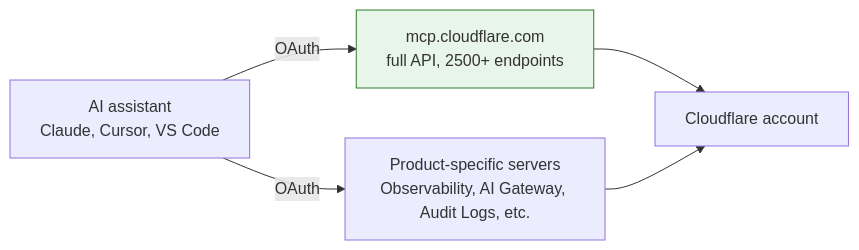
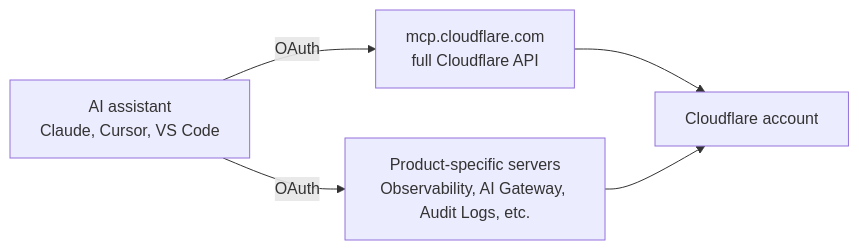
The diagram in docs/manage/ai-assisted-operations.md (kevinevans1/cloudflare-adoption-framework), drawn with Mermaid before and after one commit. The commit also changed 1 other file, not shown here.

Commit message:
Devil's-advocate review: fix reintroduced Mermaid color regression and hardcoded endpoint count in new AI pages

````diff
--- a/docs/manage/ai-assisted-operations.md
+++ b/docs/manage/ai-assisted-operations.md
@@ -7,9 +7,8 @@
 ```mermaid
 flowchart LR
-    A[AI assistant<br/>Claude, Cursor, VS Code] -->|OAuth| M[mcp.cloudflare.com<br/>full API, 2500+ endpoints]
+    A[AI assistant<br/>Claude, Cursor, VS Code] -->|OAuth| M[mcp.cloudflare.com<br/>full Cloudflare API]
     A -->|OAuth| P[Product-specific servers<br/>Observability, AI Gateway, Audit Logs, etc.]
     M --> C[Cloudflare account]
     P --> C
 
-    style M fill:#e8f5e9,stroke:#2e7d32,stroke-width:1px
 ```
````
